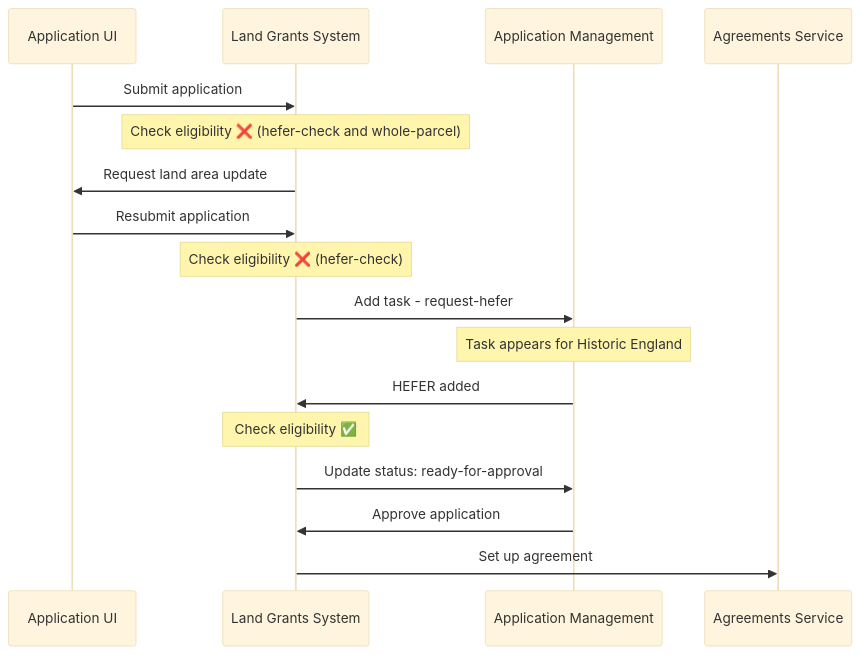
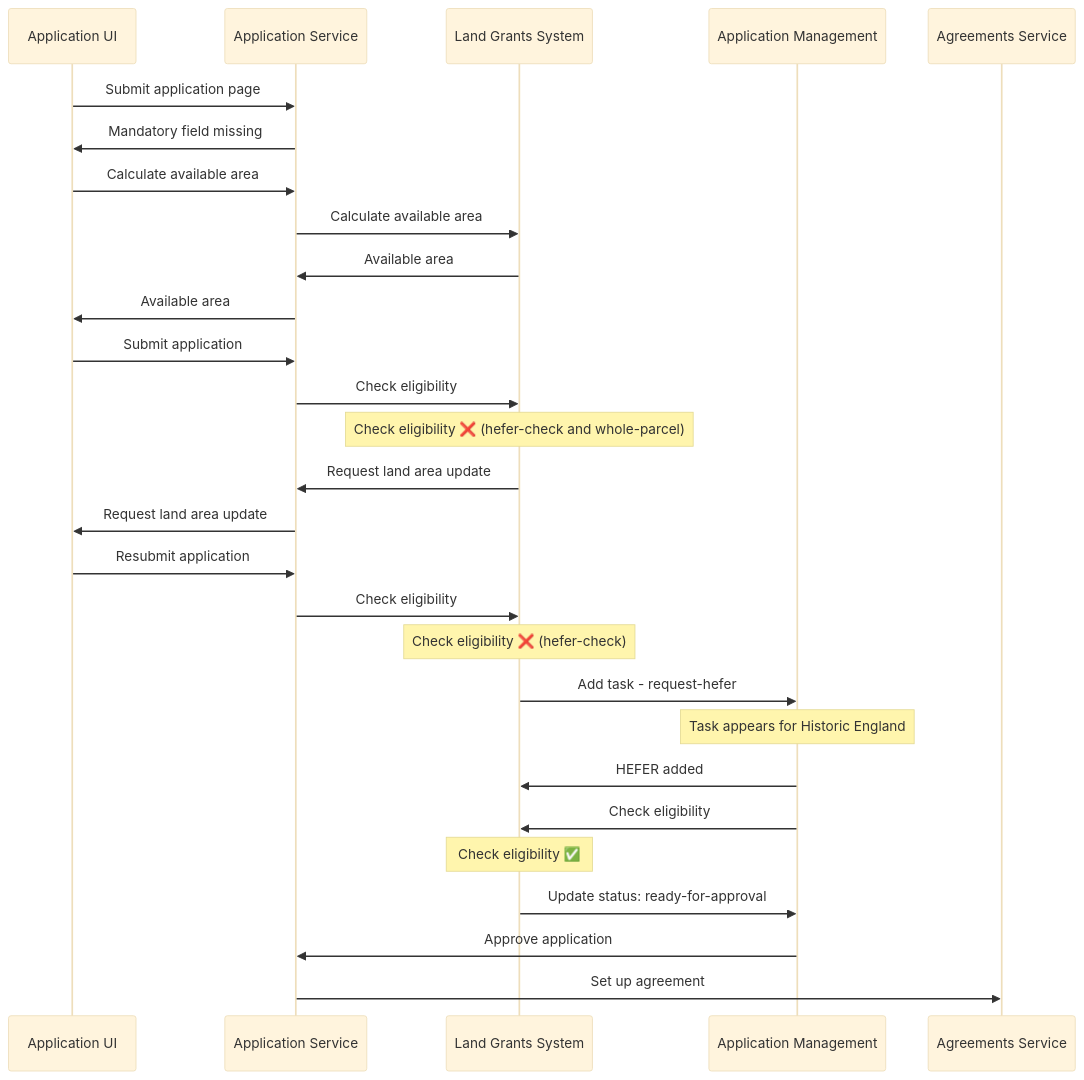
Before and after one commit to DEFRA/ffc-rps-experiment-api: the first of 2 diagrams in docs/sequence-diagrams/example-application-submission.md, drawn with Mermaid (base theme). The commit also changed other lines of this file, not shown here.

Commit message:
added Application Service to sequence diagram

````diff
--- a/docs/sequence-diagrams/example-application-submission.md
+++ b/docs/sequence-diagrams/example-application-submission.md
@@ -17,20 +19,33 @@
 ```mermaid
 sequenceDiagram
     participant ui as Application UI
+    participant aps as Application Service
     participant lgs as Land Grants System
     participant mgmt as Application Management
     participant as as Agreements Service
 
-    ui->>lgs: Submit application
+    ui->>aps: Submit application page
+    aps->>ui: Mandatory field missing
+    ui->>aps: Calculate available area
+    aps->>lgs: Calculate available area
+    lgs->>aps: Available area
+    aps->>ui: Available area
+    ui->>aps: Submit application
+    aps->>lgs: Check eligibility
     Note over lgs: Check eligibility ❌ (hefer-check and whole-parcel)
-    lgs->>ui: Request land area update
-    ui->>lgs: Resubmit application
+    lgs->>aps: Request land area update
+    aps->>ui: Request land area update
+    ui->>aps: Resubmit application
+    aps->>lgs: Check eligibility
     Note over lgs: Check eligibility ❌ (hefer-check)
     lgs->>mgmt: Add task - request-hefer
     Note over mgmt: Task appears for Historic England
+    
     mgmt->>lgs: HEFER added
+    mgmt->>lgs: Check eligibility
+
     Note over lgs: Check eligibility ✅
     lgs->>mgmt: Update status: ready-for-approval
-    mgmt->>lgs: Approve application
-    lgs->>as: Set up agreement
+    mgmt->>aps: Approve application
+    aps->>as: Set up agreement
 ```
````
